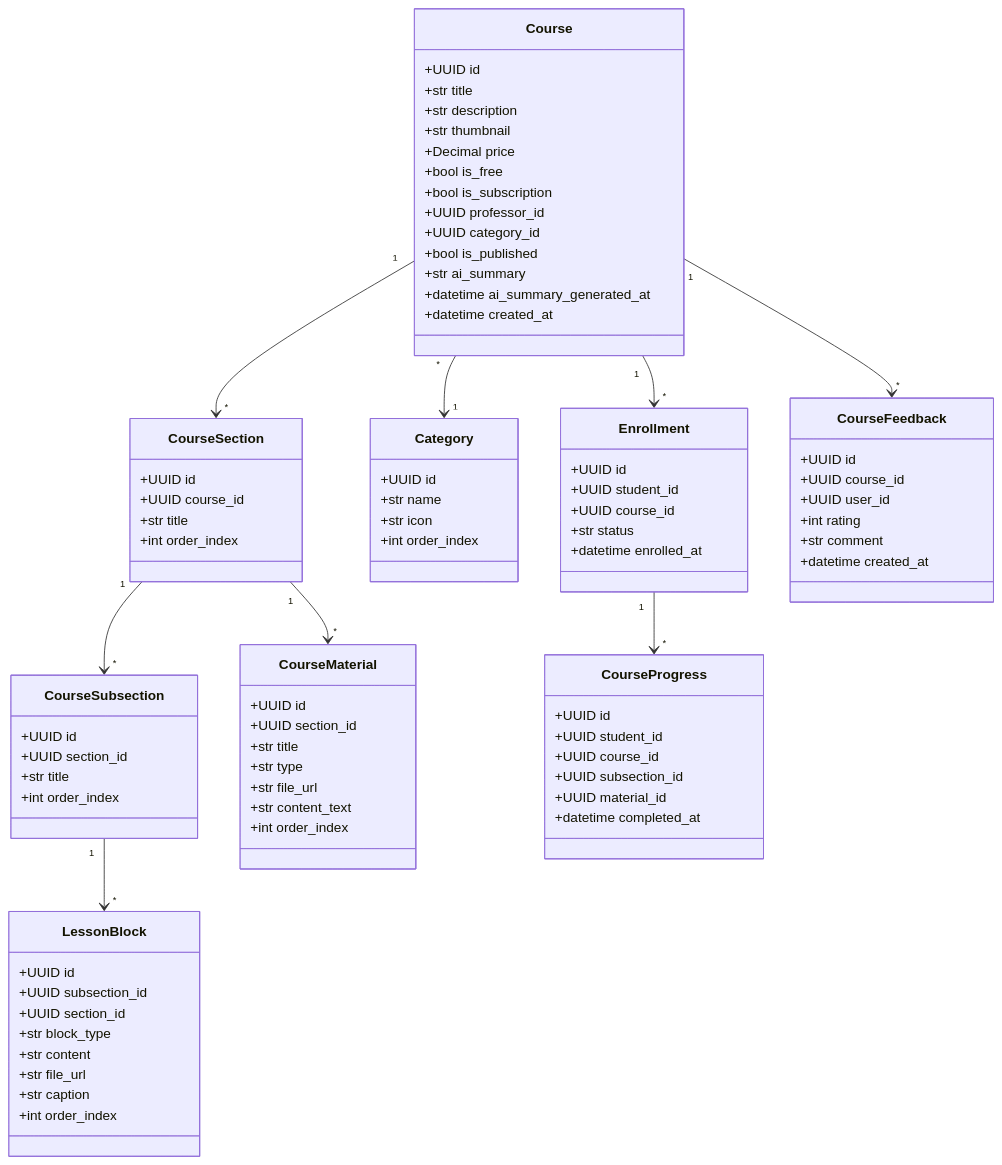
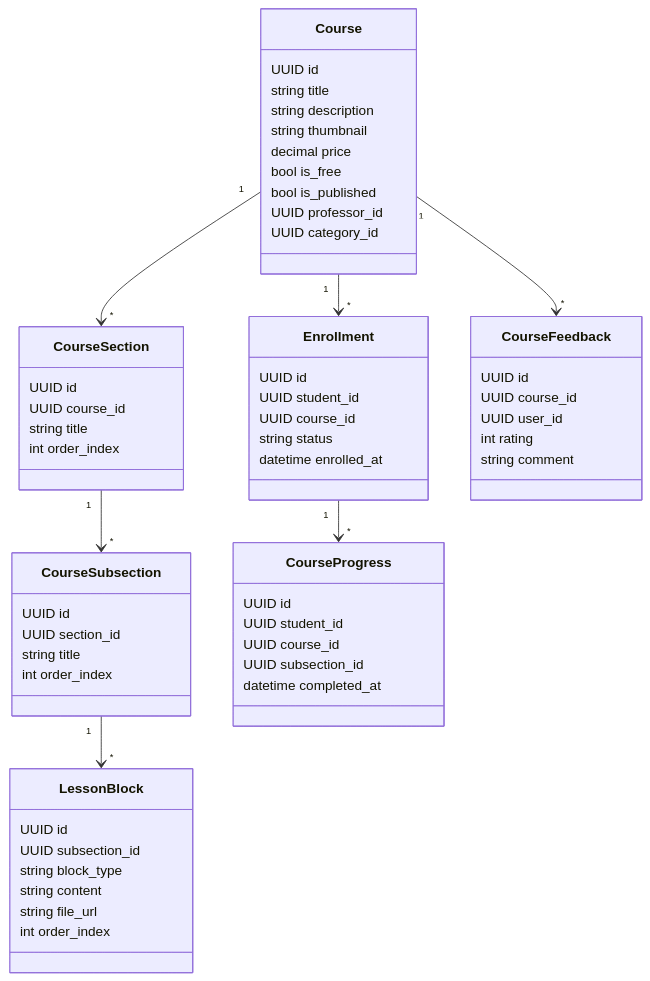
One commit to yazidha09/Hub4Learners changed the second of 4 diagrams in docs/sprints/SPRINT_2.md. Above: the diagram before and after it, drawn with Mermaid. The commit also changed other lines of this file and 14 other files, not shown here.

````diff
--- a/docs/sprints/SPRINT_2.md
+++ b/docs/sprints/SPRINT_2.md
@@ -61,94 +55,67 @@
 ```mermaid
 classDiagram
     class Course {
-        +UUID id
-        +str title
-        +str description
-        +str thumbnail
-        +Decimal price
-        +bool is_free
-        +bool is_subscription
-        +UUID professor_id
-        +UUID category_id
-        +bool is_published
-        +str ai_summary
-        +datetime ai_summary_generated_at
-        +datetime created_at
+        UUID id
+        string title
+        string description
+        string thumbnail
+        decimal price
+        bool is_free
+        bool is_published
+        UUID professor_id
+        UUID category_id
     }
 
     class CourseSection {
-        +UUID id
-        +UUID course_id
-        +str title
-        +int order_index
+        UUID id
+        UUID course_id
+        string title
+        int order_index
     }
 
     class CourseSubsection {
-        +UUID id
-        +UUID section_id
-        +str title
-        +int order_index
+        UUID id
+        UUID section_id
+        string title
+        int order_index
     }
 
     class LessonBlock {
-        +UUID id
-        +UUID subsection_id
-        +UUID section_id
-        +str block_type
-        +str content
-        +str file_url
-        +str caption
-        +int order_index
-    }
-
-    class CourseMaterial {
-        +UUID id
-        +UUID section_id
-        +str title
-        +str type
-        +str file_url
-        +str content_text
-        +int order_index
-    }
-
-    class Category {
-        +UUID id
-        +str name
-        +str icon
-        +int order_index
+        UUID id
+        UUID subsection_id
+        string block_type
+        string content
+        string file_url
+        int order_index
     }
 
     class Enrollment {
-        +UUID id
-        +UUID student_id
-        +UUID course_id
-        +str status
-        +datetime enrolled_at
+        UUID id
+        UUID student_id
+        UUID course_id
+        string status
+        datetime enrolled_at
     }
 
     class CourseProgress {
-        +UUID id
-        +UUID student_id
-        +UUID course_id
-        +UUID subsection_id
-        +UUID material_id
-        +datetime completed_at
+        UUID id
+        UUID student_id
+        UUID course_id
+        UUID subsection_id
+        datetime completed_at
     }
 
     class CourseFeedback {
-        +UUID id
-        +UUID course_id
-        +UUID user_id
-        +int rating
-        +str comment
-        +datetime created_at
+        UUID id
+        UUID course_id
+        UUID user_id
+        int rating
+        string comment
     }
 
     Course "1" --> "*" CourseSection
     CourseSection "1" --> "*" CourseSubsection
     CourseSubsection "1" --> "*" LessonBlock
-    CourseSection "1" --> "*" CourseMaterial
-    Course "*" --> "1" Category
     Course "1" --> "*" Enrollment
     Enrollment "1" --> "*" CourseProgress
     Course "1" --> "*" CourseFeedback
````
